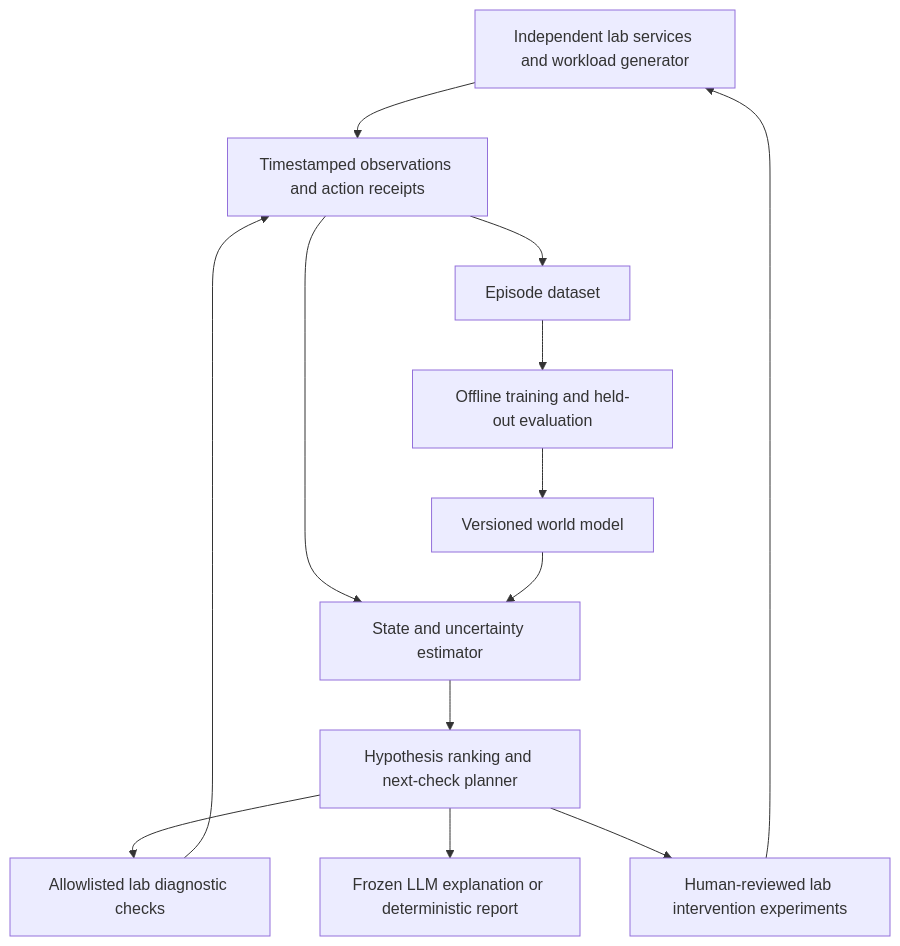
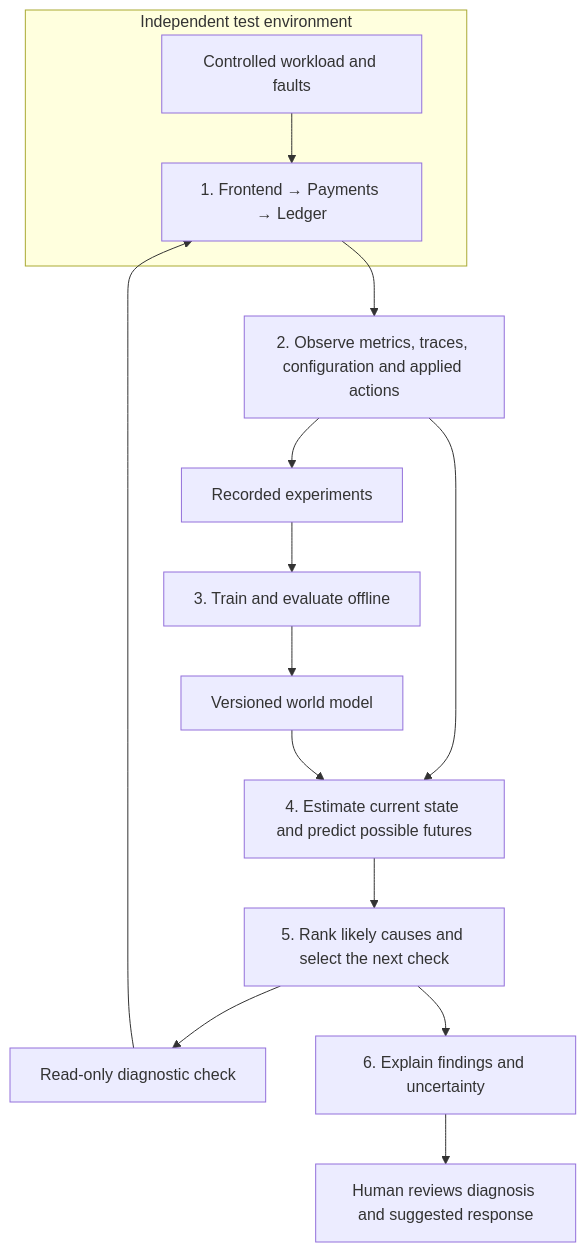
One commit to rnishtala/systems-world-model changed the diagram in MVP_PLAN.md. Above: the diagram before and after it, drawn with Mermaid. The commit also changed other lines of this file and 1 other file, not shown here.

Commit message:
Explain MVP through a high-level architecture walkthrough

````diff
--- a/MVP_PLAN.md
+++ b/MVP_PLAN.md
@@ -49,15 +11,20 @@
 ```mermaid
 flowchart TD
-    E[Independent lab services and workload generator] --> O[Timestamped observations and action receipts]
-    O --> D[Episode dataset]
-    D --> T[Offline training and held-out evaluation]
-    T --> W[Versioned world model]
-    O --> B[State and uncertainty estimator]
-    W --> B
-    B --> P[Hypothesis ranking and next-check planner]
-    P --> Q[Allowlisted lab diagnostic checks]
-    Q --> O
-    P --> L[Frozen LLM explanation or deterministic report]
-    P --> H[Human-reviewed lab intervention experiments]
-    H --> E
+    subgraph Lab[Independent test environment]
+        S[1. Frontend → Payments → Ledger]
+        C[Controlled workload and faults] --> S
+    end
+
+    S --> O[2. Observe metrics, traces, configuration and applied actions]
+    O --> D[Recorded experiments]
+    D --> T[3. Train and evaluate offline]
+    T --> M[Versioned world model]
+
+    O --> W[4. Estimate current state and predict possible futures]
+    M --> W
+    W --> P[5. Rank likely causes and select the next check]
+    P --> Q[Read-only diagnostic check]
+    Q --> S
+    P --> R[6. Explain findings and uncertainty]
+    R --> H[Human reviews diagnosis and suggested response]
 ```
````
